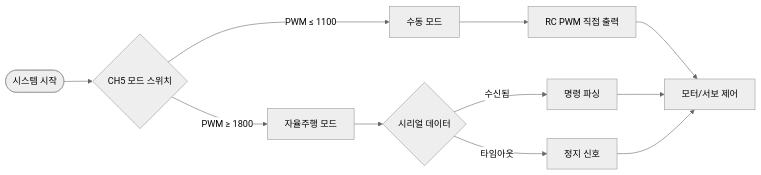
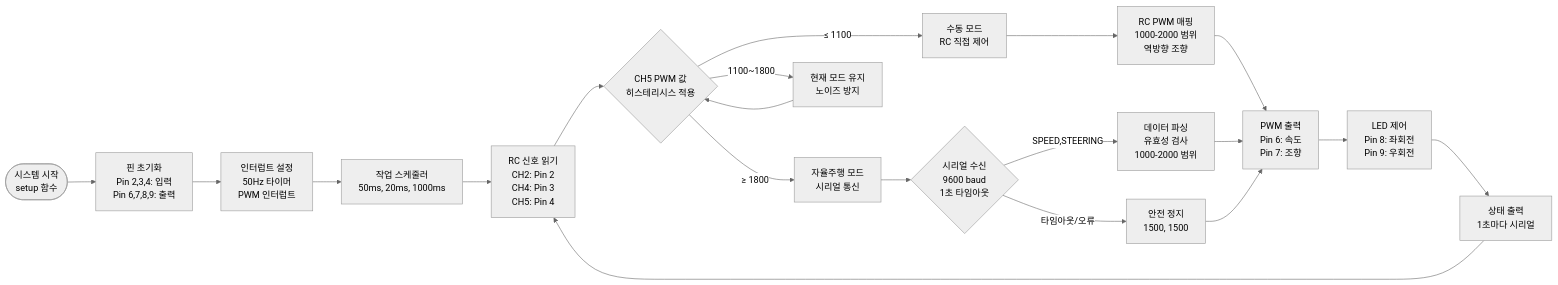
Before and after one commit to happycat0502/mission_3: the first of 2 diagrams in README.md, drawn with Mermaid (neutral theme). The commit also changed other lines of this file, not shown here.

````diff
--- a/README.md
+++ b/README.md
@@ -225,17 +225,27 @@
 ```mermaid
 flowchart LR
-    Start([시스템 시작]) --> CheckMode{CH5 모드 스위치}
+    Start([시스템 시작<br/>setup 함수]) --> InitPins[핀 초기화<br/>Pin 2,3,4: 입력<br/>Pin 6,7,8,9: 출력]
+    InitPins --> SetupISR[인터럽트 설정<br/>50Hz 타이머<br/>PWM 인터럽트]
+    SetupISR --> TaskInit[작업 스케줄러<br/>50ms, 20ms, 1000ms]
     
-    CheckMode -->|PWM ≤ 1100| Manual[수동 모드]
-    CheckMode -->|PWM ≥ 1800| Auto[자율주행 모드]
+    TaskInit --> ReadRC[RC 신호 읽기<br/>CH2: Pin 2<br/>CH4: Pin 3<br/>CH5: Pin 4]
+    ReadRC --> CheckMode{CH5 PWM 값<br/>히스테리시스 적용}
     
-    Manual --> RCControl[RC PWM 직접 출력]
-    Auto --> SerialRead{시리얼 데이터}
+    CheckMode -->|≤ 1100| Manual[수동 모드<br/>RC 직접 제어]
+    CheckMode -->|≥ 1800| Auto[자율주행 모드<br/>시리얼 통신]
+    CheckMode -->|1100~1800| Keep[현재 모드 유지<br/>노이즈 방지]
     
-    RCControl --> MotorOutput[모터/서보 제어]
-    SerialRead -->|수신됨| ParseCmd[명령 파싱]
-    SerialRead -->|타임아웃| Stop[정지 신호]
+    Manual --> MapRC[RC PWM 매핑<br/>1000-2000 범위<br/>역방향 조향]
+    Auto --> SerialCheck{시리얼 수신<br/>9600 baud<br/>1초 타임아웃}
+    Keep --> CheckMode
     
-    ParseCmd --> MotorOutput
-    Stop --> MotorOutput
+    MapRC --> PWMOut[PWM 출력<br/>Pin 6: 속도<br/>Pin 7: 조향]
+    SerialCheck -->|"SPEED,STEERING"| Parse[데이터 파싱<br/>유효성 검사<br/>1000-2000 범위]
+    SerialCheck -->|타임아웃/오류| SafeStop[안전 정지<br/>1500, 1500]
+    
+    Parse --> PWMOut
+    SafeStop --> PWMOut
+    PWMOut --> LEDControl[LED 제어<br/>Pin 8: 좌회전<br/>Pin 9: 우회전]
+    LEDControl --> Status[상태 출력<br/>1초마다 시리얼]
+    Status --> ReadRC
 ```
````
